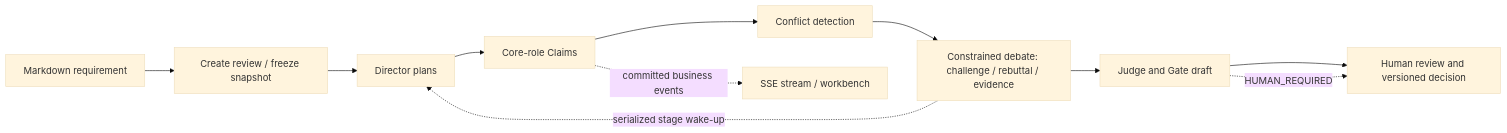
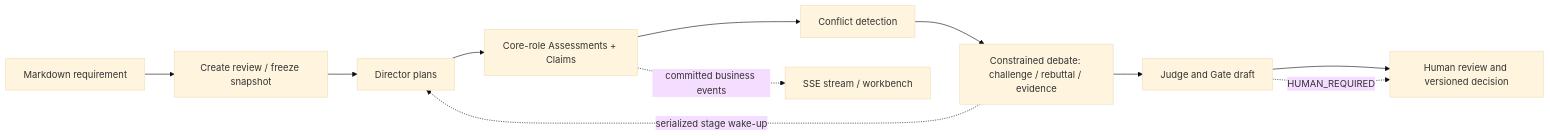
The diagram in README.md (cc-chongming/chongming), drawn with Mermaid (base theme) before and after one commit. The commit also changed other lines of this file and 63 other files, not shown here.

````diff
--- a/README.md
+++ b/README.md
@@ -56,14 +57,14 @@
 ```mermaid
 flowchart LR
     A["Markdown requirement"] --> B["Create review / freeze snapshot"]
     B --> C["Director plans"]
-    C --> D["Core-role Claims"]
+    C --> D["Core-role Assessments + Claims"]
     D --> E["Conflict detection"]
     E --> F["Constrained debate: challenge / rebuttal / evidence"]
     F --> G["Judge and Gate draft"]
     G --> H["Human review and versioned decision"]
 
     D -. "committed business events" .-> I["SSE stream / workbench"]
     F -. "serialized stage wake-up" .-> C
     G -. "HUMAN_REQUIRED" .-> H
 ```
````
